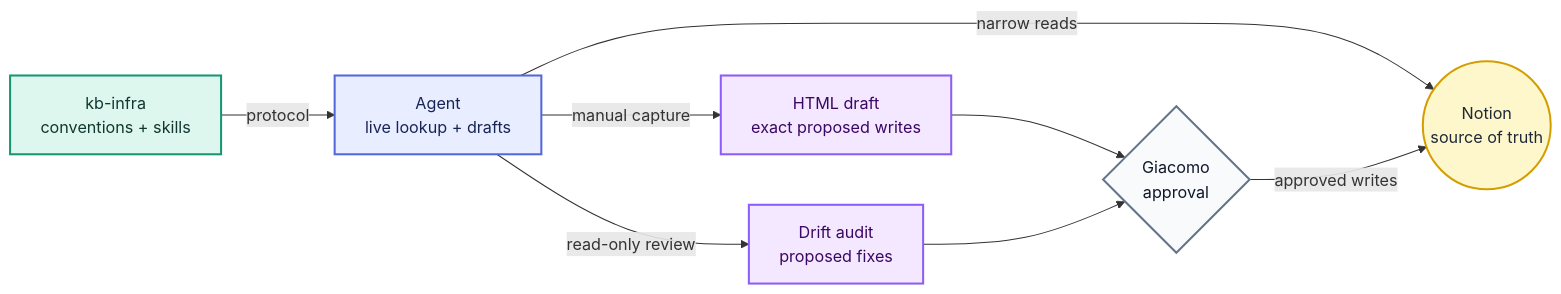
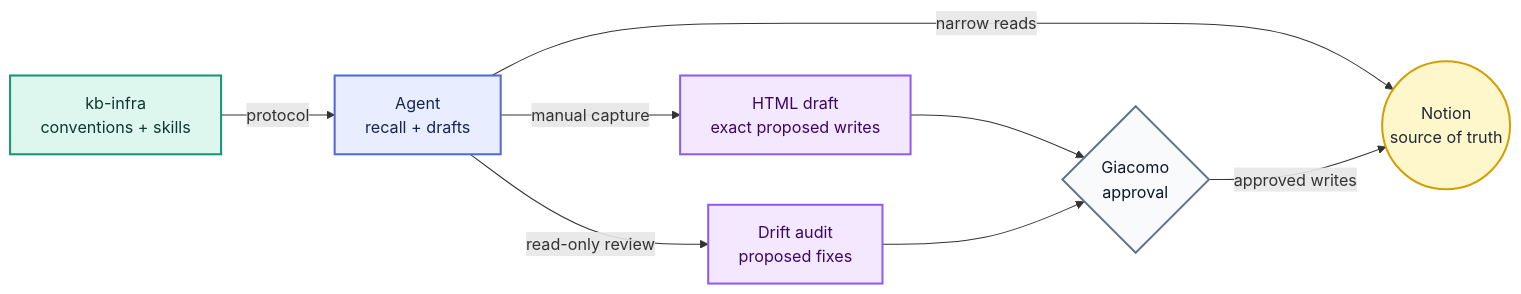
Before and after one commit to giacomoguidotto/kb-infra: the diagram in README.md, drawn with Mermaid. The commit also changed other lines of this file and 8 other files, not shown here.

````diff
--- a/README.md
+++ b/README.md
@@ -35,29 +35,29 @@
 ```mermaid
 flowchart LR
     repo["kb-infra<br/>conventions + skills"]
     notion(("Notion<br/>source of truth"))
-    agent["Agent<br/>live lookup + drafts"]
+    agent["Agent<br/>recall + drafts"]
     draft["HTML draft<br/>exact proposed writes"]
     audit["Drift audit<br/>proposed fixes"]
     approval{"Giacomo<br/>approval"}
 
     repo -- "protocol" --> agent
     agent -- "narrow reads" --> notion
     agent -- "manual capture" --> draft
     agent -- "read-only review" --> audit
     draft --> approval
     audit --> approval
     approval -- "approved writes" --> notion
 
     classDef source fill:#fff7cc,stroke:#d39e00,stroke-width:2px,color:#1f2937;
     classDef protocol fill:#ddf7ef,stroke:#159570,stroke-width:2px,color:#12372f;
     classDef runtime fill:#e8edff,stroke:#5267d8,stroke-width:2px,color:#172554;
     classDef artifact fill:#f3e8ff,stroke:#8b5cf6,stroke-width:2px,color:#3b0764;
     classDef decision fill:#f8fafc,stroke:#64748b,stroke-width:2px,color:#0f172a;
 
     class notion source;
     class repo protocol;
     class agent runtime;
     class draft,audit artifact;
     class approval decision;
 ```
````
